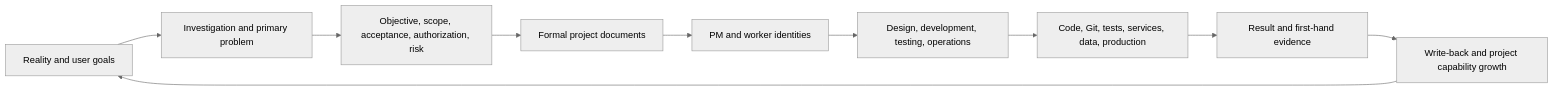
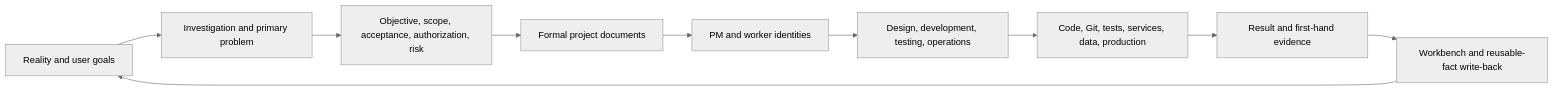
The first of 2 diagrams in README.md (adubeyond/beyond-ai-collaboration), drawn with Mermaid (neutral theme) before and after one commit. The commit also changed other lines of this file and 82 other files, not shown here.

````diff
--- a/README.md
+++ b/README.md
@@ -51,12 +51,12 @@
 ```mermaid
 flowchart LR
     A["Reality and user goals"] --> B["Investigation and primary problem"]
     B --> C["Objective, scope, acceptance, authorization, risk"]
     C --> D["Formal project documents"]
     D --> E["PM and worker identities"]
     E --> F["Design, development, testing, operations"]
     F --> G["Code, Git, tests, services, data, production"]
     G --> H["Result and first-hand evidence"]
-    H --> I["Write-back and project capability growth"]
+    H --> I["Workbench and reusable-fact write-back"]
     I --> A
 ```
````
